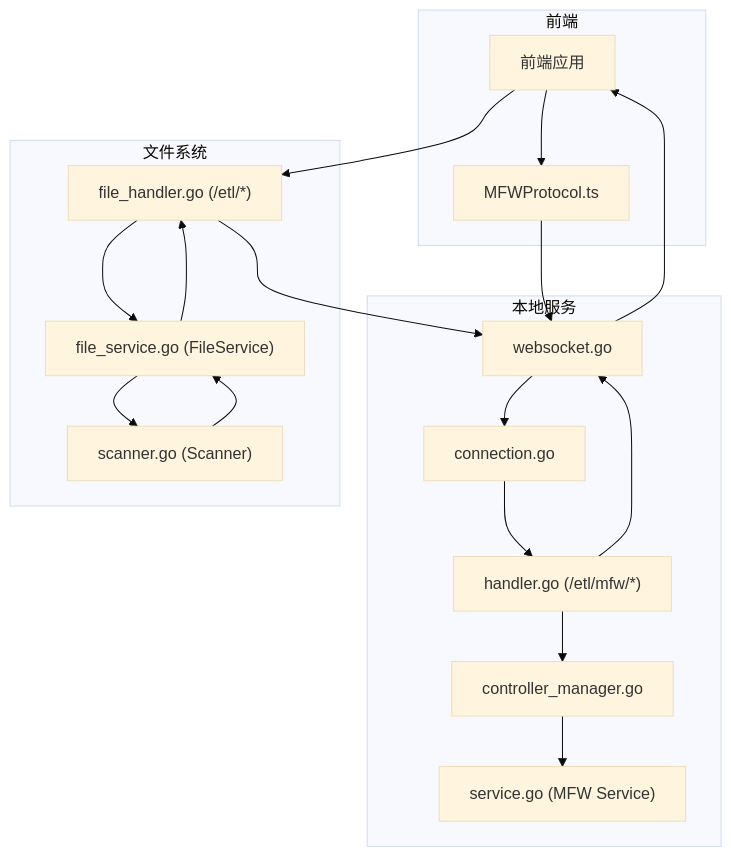
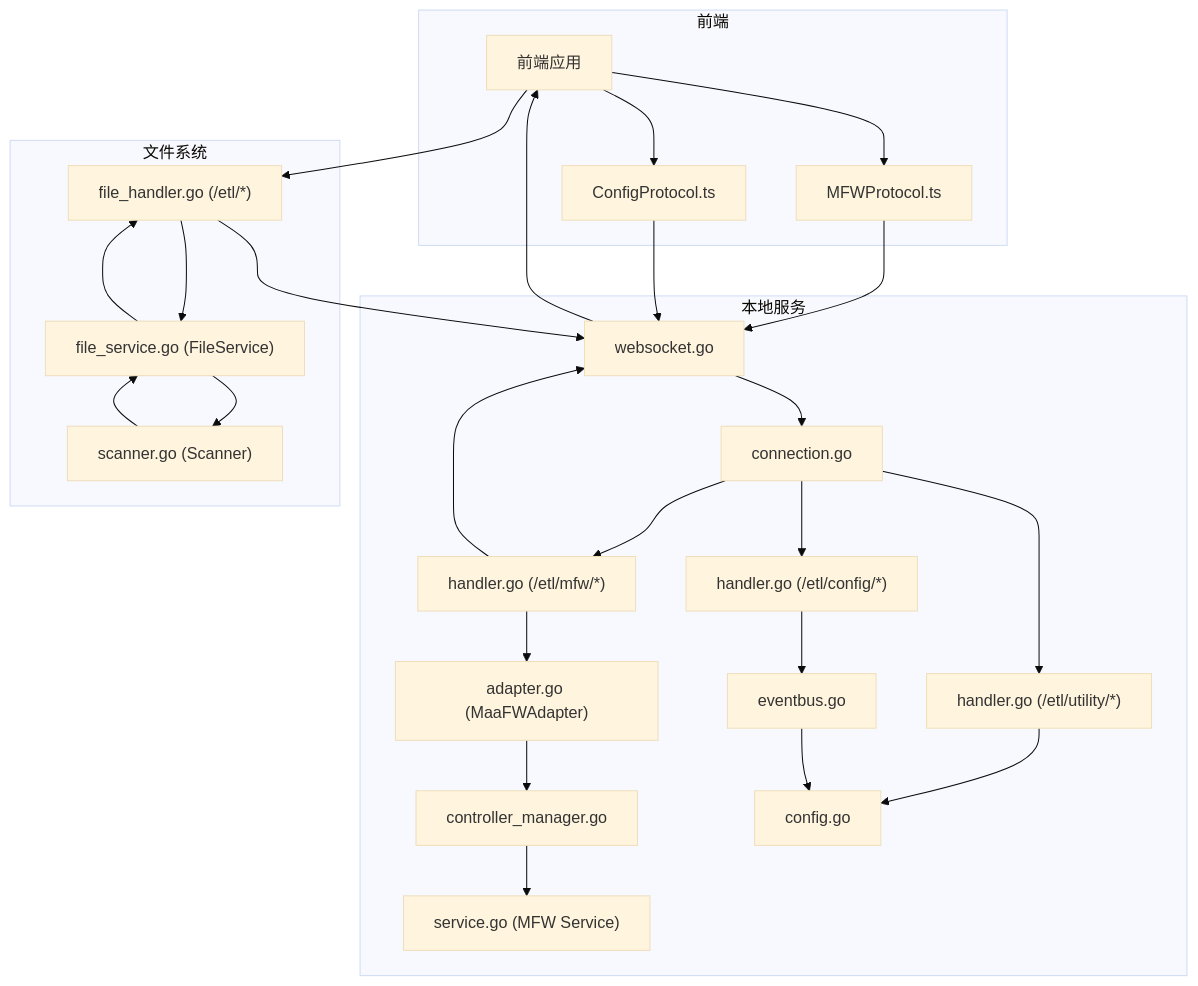
One commit to kqcoxn/MaaPipelineEditor changed the first of 3 diagrams in .qoder/repowiki/zh/content/开发者指南/LocalBridge 通信协议.md. Above: the diagram before and after it, drawn with Mermaid (base theme). The commit also changed other lines of this file and 23 other files, not shown here.

````diff
--- a/.qoder/repowiki/zh/content/开发者指南/LocalBridge 通信协议.md
+++ b/.qoder/repowiki/zh/content/开发者指南/LocalBridge 通信协议.md
@@ -54,33 +65,47 @@
 ```mermaid
 graph TB
 subgraph "前端"
 FE["前端应用"]
 MFWP["MFWProtocol.ts"]
+CFGP["ConfigProtocol.ts"]
 end
 subgraph "本地服务"
 WS["websocket.go"]
 CONN["connection.go"]
 MFWH["handler.go (/etl/mfw/*)"]
+ADP["adapter.go (MaaFWAdapter)"]
 CM["controller_manager.go"]
 MS["service.go (MFW Service)"]
+UTH["handler.go (/etl/utility/*)"]
+CFGH["handler.go (/etl/config/*)"]
+EB["eventbus.go"]
+CFG["config.go"]
 end
 subgraph "文件系统"
 FH["file_handler.go (/etl/*)"]
 FS["file_service.go (FileService)"]
 SC["scanner.go (Scanner)"]
 end
 FE --> MFWP
+FE --> CFGP
 MFWP --> WS
+CFGP --> WS
 WS --> CONN
 CONN --> MFWH
-MFWH --> CM
+CONN --> UTH
+CONN --> CFGH
+MFWH --> ADP
+ADP --> CM
 CM --> MS
+UTH --> CFG
+CFGH --> EB
+EB --> CFG
 MFWH --> WS
 WS --> FE
 FE --> FH
 FH --> FS
 FS --> SC
 SC --> FS
 FS --> FH
 FH --> WS
 ```
````
